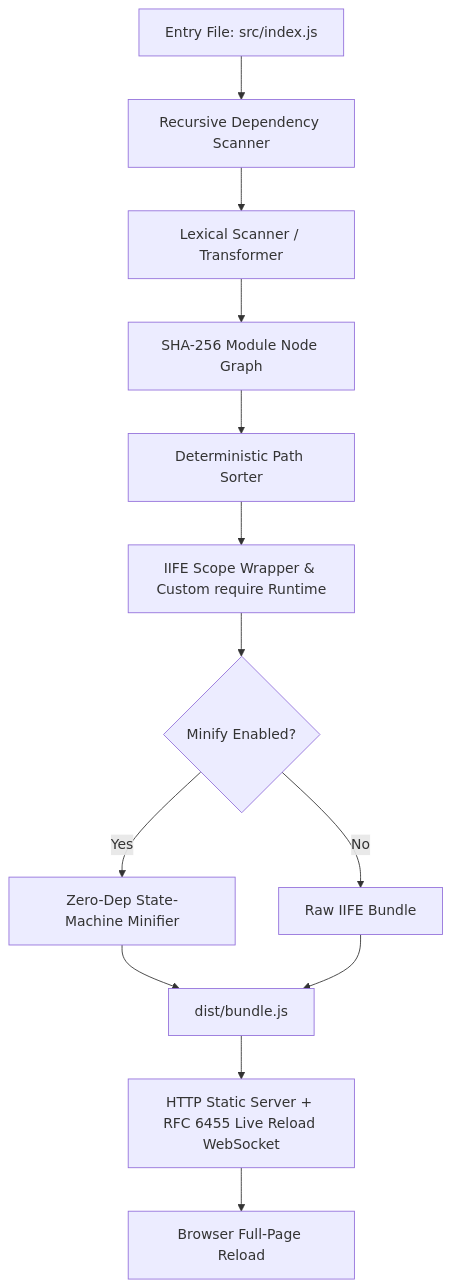
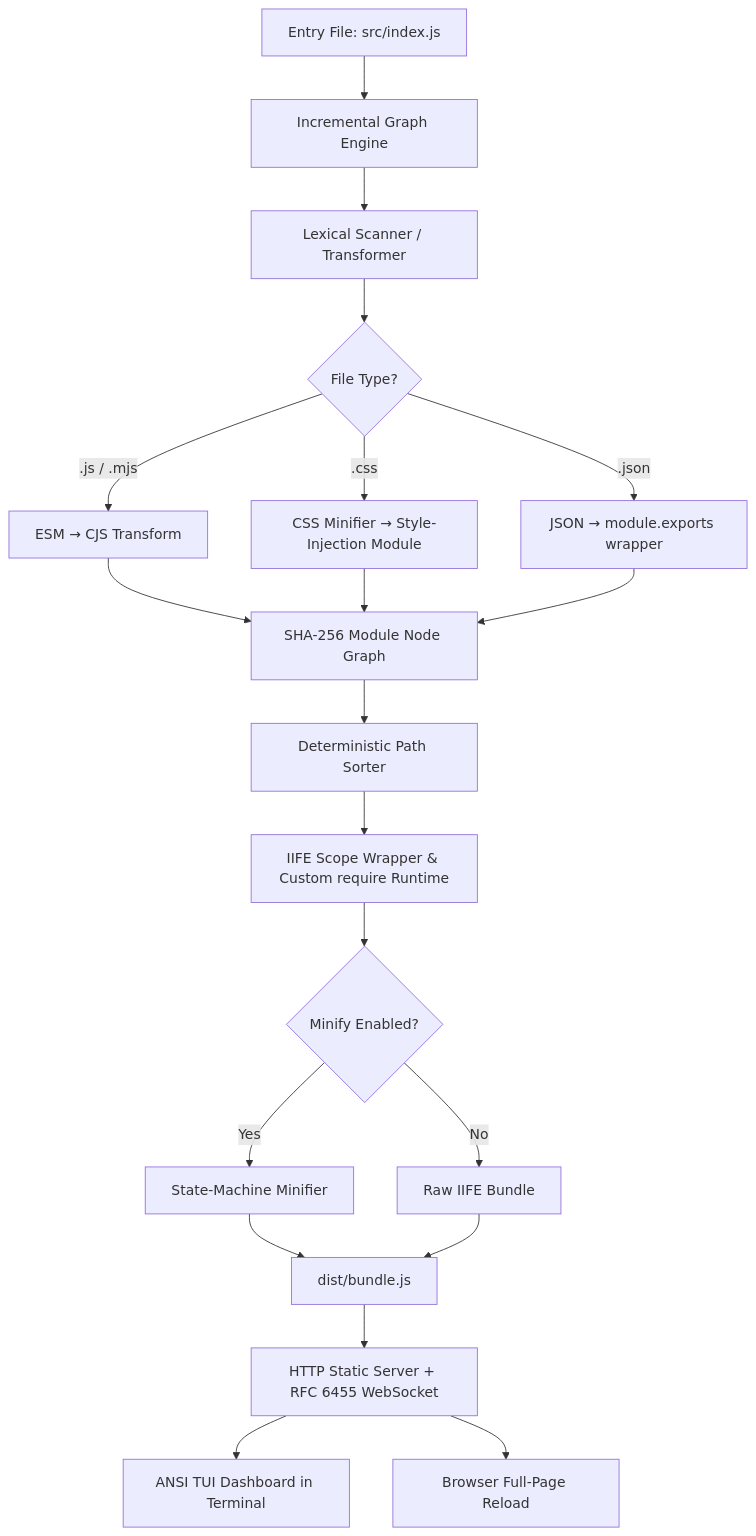
One commit to Saksham842/Zero-Dependency changed the diagram in README.md. Above: the diagram before and after it, drawn with Mermaid. The commit also changed other lines of this file, not shown here.

First line of the commit message:
docs: rewrite README to reflect current CLI flags, CSS bundling, TUI, and all features

````diff
--- a/README.md
+++ b/README.md
@@ -166,15 +236,19 @@
 ```mermaid
 flowchart TD
-    A[Entry File: src/index.js] --> B[Recursive Dependency Scanner]
+    A[Entry File: src/index.js] --> B[Incremental Graph Engine]
     B --> C[Lexical Scanner / Transformer]
-    C --> D[SHA-256 Module Node Graph]
-    D --> E[Deterministic Path Sorter]
-    E --> F[IIFE Scope Wrapper & Custom require Runtime]
-    F --> G{Minify Enabled?}
-    G -- Yes --> H[Zero-Dep State-Machine Minifier]
-    G -- No --> I[Raw IIFE Bundle]
-    H --> J[dist/bundle.js]
-    I --> J[dist/bundle.js]
-    J --> K[HTTP Static Server + RFC 6455 Live Reload WebSocket]
-    K --> L[Browser Full-Page Reload]
+    C --> D{File Type?}
+    D -- .js / .mjs --> E[ESM → CJS Transform]
+    D -- .css --> F[CSS Minifier → Style-Injection Module]
+    D -- .json --> G[JSON → module.exports wrapper]
+    E & F & G --> H[SHA-256 Module Node Graph]
+    H --> I[Deterministic Path Sorter]
+    I --> J[IIFE Scope Wrapper & Custom require Runtime]
+    J --> K{Minify Enabled?}
+    K -- Yes --> L[State-Machine Minifier]
+    K -- No  --> M[Raw IIFE Bundle]
+    L & M --> N[dist/bundle.js]
+    N --> O[HTTP Static Server + RFC 6455 WebSocket]
+    O --> P[ANSI TUI Dashboard in Terminal]
+    O --> Q[Browser Full-Page Reload]
 ```
````
